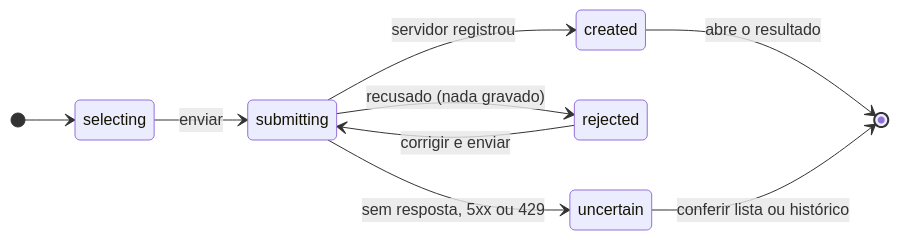
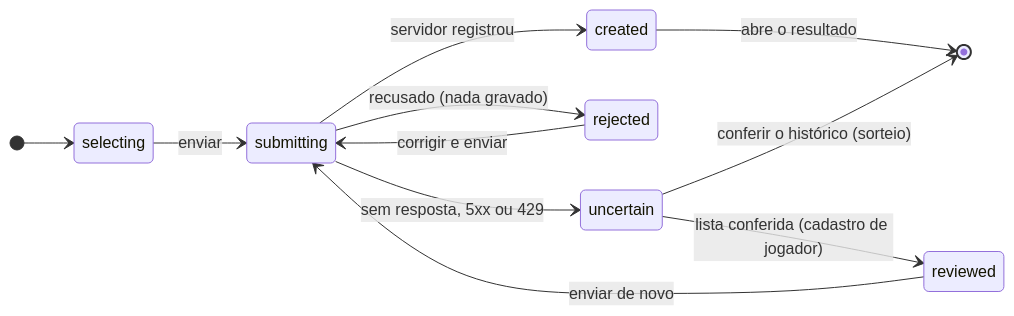
The fourth of 4 diagrams in docs/maquinas-de-estado.md (roginaldosemog/futeio), drawn with Mermaid before and after one commit. The commit also changed other lines of this file, not shown here.

````diff
--- a/docs/maquinas-de-estado.md
+++ b/docs/maquinas-de-estado.md
@@ -104,12 +104,14 @@
 ```mermaid
 stateDiagram-v2
   direction LR
   [*] --> selecting
   selecting --> submitting: enviar
   submitting --> created: servidor registrou
   submitting --> rejected: recusado (nada gravado)
   submitting --> uncertain: sem resposta, 5xx ou 429
   rejected --> submitting: corrigir e enviar
   created --> [*]: abre o resultado
-  uncertain --> [*]: conferir lista ou histórico
+  uncertain --> reviewed: lista conferida (cadastro de jogador)
+  reviewed --> submitting: enviar de novo
+  uncertain --> [*]: conferir o histórico (sorteio)
 ```
````
